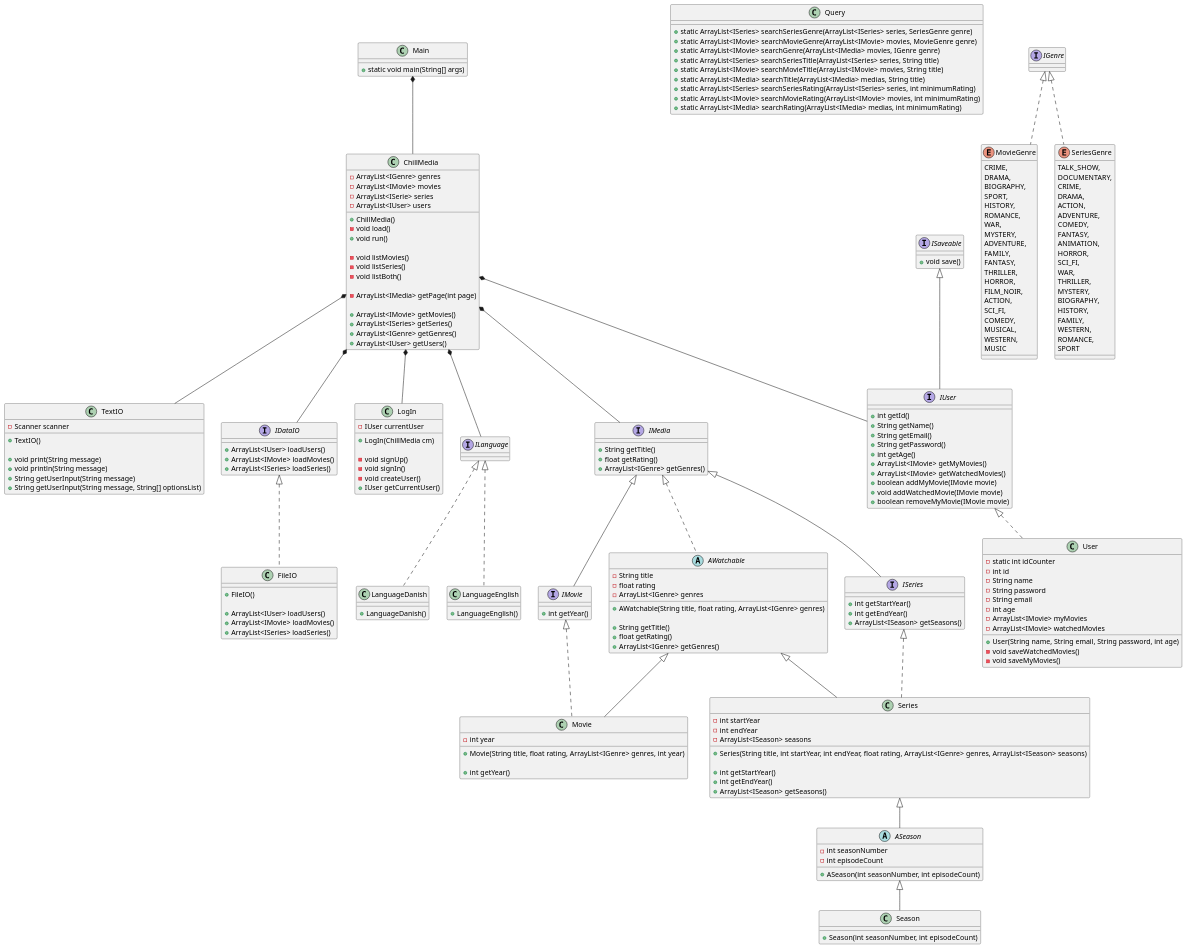
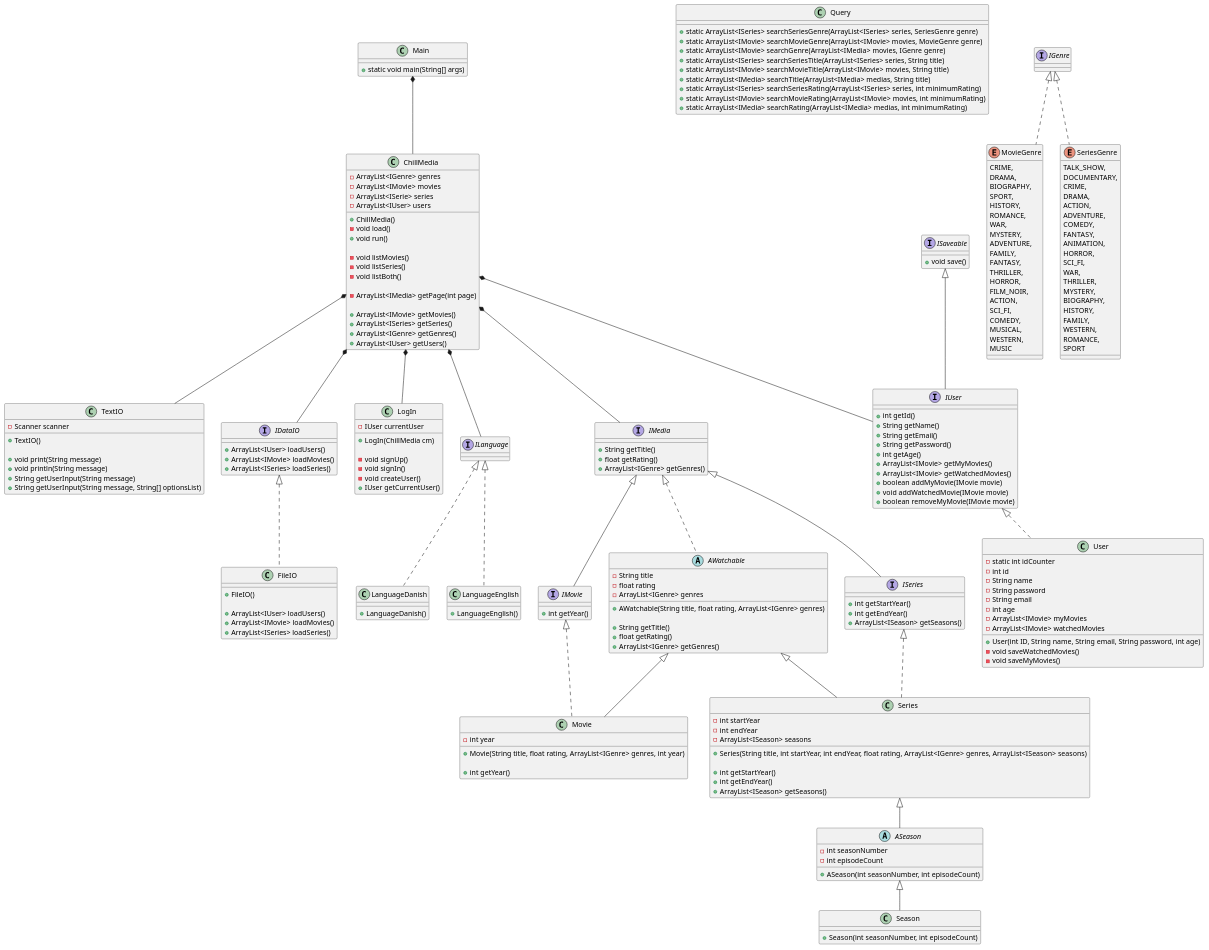
The diagram in Documentation/Streamingtjeneste.puml (Peter537/Dat1-SP3), drawn with PlantUML before and after one commit. The commit also changed 4 other files, not shown here.

```diff
--- a/Documentation/Streamingtjeneste.puml
+++ b/Documentation/Streamingtjeneste.puml
@@ -85,7 +85,7 @@
     - ArrayList<IMovie> myMovies
     - ArrayList<IMovie> watchedMovies
 
-    + User(String name, String email, String password, int age)
+    + User(int ID, String name, String email, String password, int age)
     - void saveWatchedMovies()
     - void saveMyMovies()
 }
```
